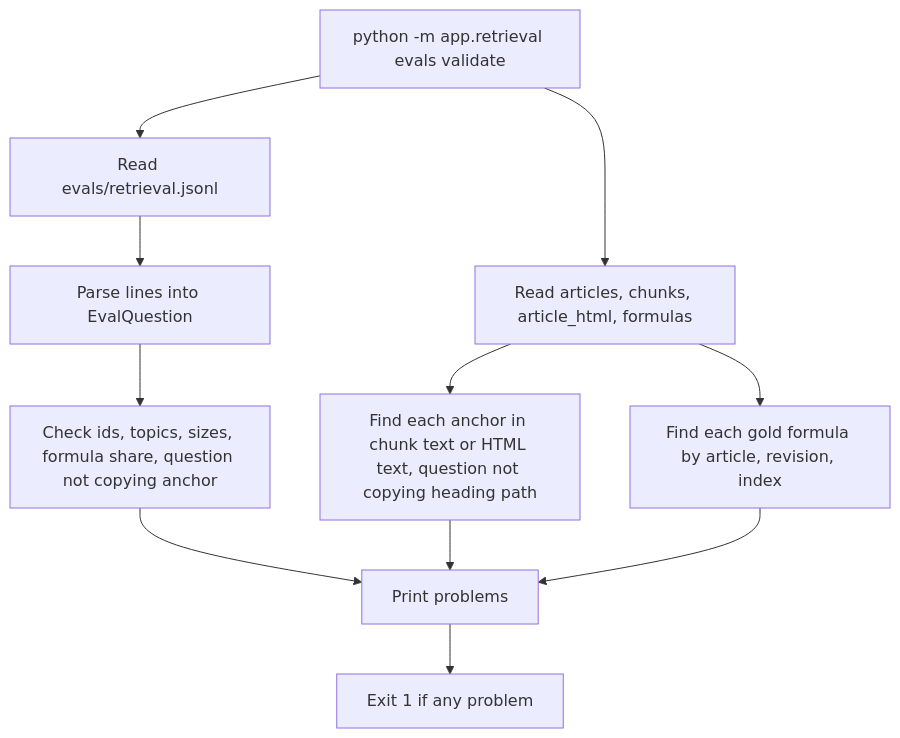
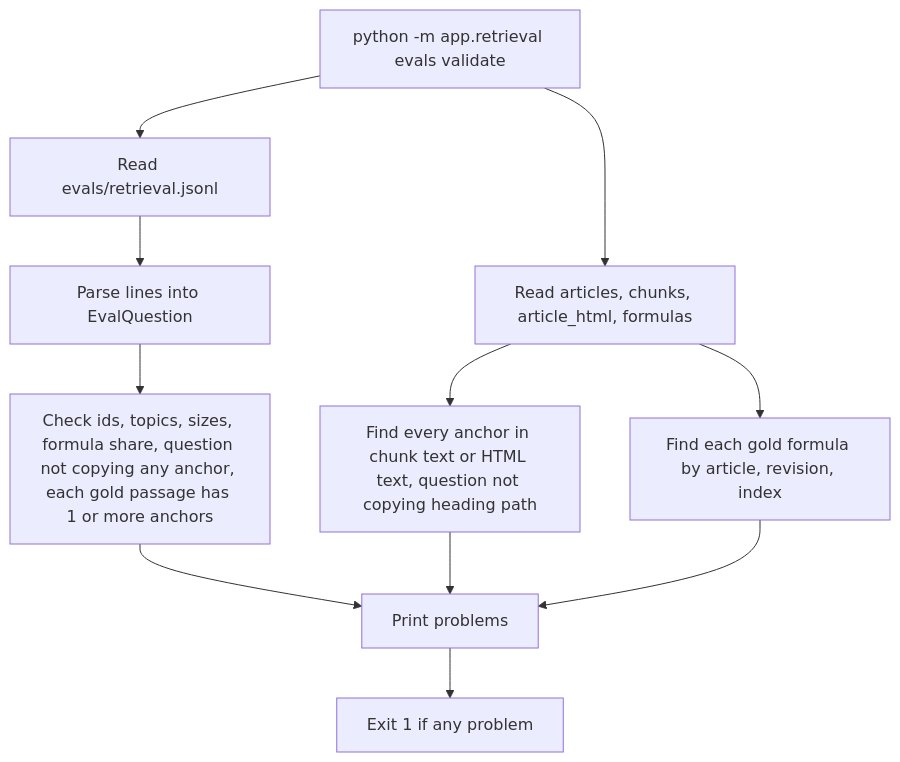
The diagram in docs/flows/retrieval-evals.md (tudorciobanu99/momentum), drawn with Mermaid before and after one commit. The commit also changed 6 other files, not shown here.

````diff
--- a/docs/flows/retrieval-evals.md
+++ b/docs/flows/retrieval-evals.md
@@ -3,13 +3,13 @@
 ```mermaid
 flowchart TD
     A[python -m app.retrieval evals validate] --> B[Read evals/retrieval.jsonl]
     B --> C[Parse lines into EvalQuestion]
-    C --> D[Check ids, topics, sizes, formula share, question not copying anchor]
+    C --> D[Check ids, topics, sizes, formula share, question not copying any anchor, each gold passage has 1 or more anchors]
     A --> E[Read articles, chunks, article_html, formulas]
-    E --> F[Find each anchor in chunk text or HTML text, question not copying heading path]
+    E --> F[Find every anchor in chunk text or HTML text, question not copying heading path]
     E --> G[Find each gold formula by article, revision, index]
     D --> H[Print problems]
     F --> H
     G --> H
     H --> I[Exit 1 if any problem]
 ```
````
